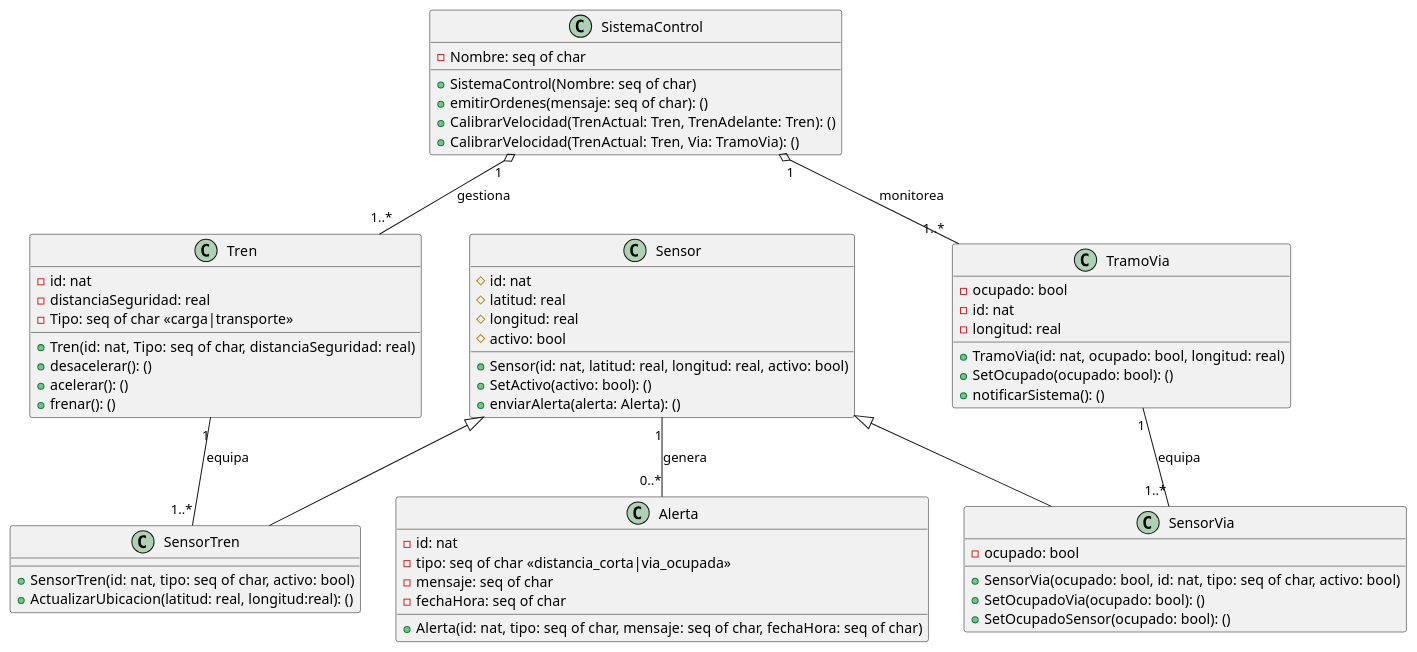
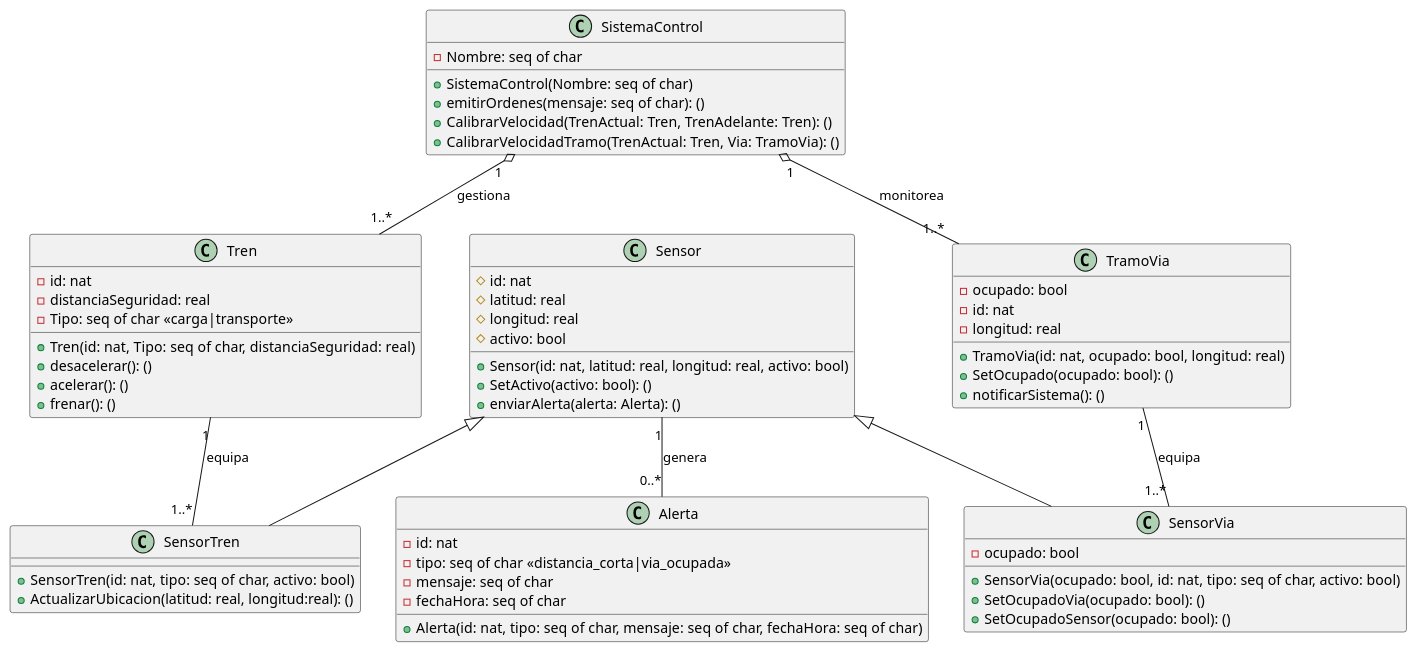
One commit to RodrigoStranger/mf-trafico-de-trenes changed the diagram in diagrama de clases/trafico-de-trenes.wsd. Above: the diagram before and after it, drawn with PlantUML.

```diff
--- a/diagrama de clases/trafico-de-trenes.wsd
+++ b/diagrama de clases/trafico-de-trenes.wsd
@@ -1,75 +1,75 @@
 @startuml trafico de trenes
 
 class Tren {
     -id: nat
     -distanciaSeguridad: real
     -Tipo: seq of char <<carga|transporte>>
     +Tren(id: nat, Tipo: seq of char, distanciaSeguridad: real)
     +desacelerar(): ()
     +acelerar(): ()
     +frenar(): ()
 }
 
 class TramoVia {
     -ocupado: bool
     -id: nat
     -longitud: real
     +TramoVia(id: nat, ocupado: bool, longitud: real)
     +SetOcupado(ocupado: bool): ()
     +notificarSistema(): ()
 }
 
 class Sensor {
     #id: nat
     #latitud: real 
     #longitud: real 
     #activo: bool
     +Sensor(id: nat, latitud: real, longitud: real, activo: bool)
     +SetActivo(activo: bool): ()
     +enviarAlerta(alerta: Alerta): ()
 }
 
 class SensorTren {
     +SensorTren(id: nat, tipo: seq of char, activo: bool)
     +ActualizarUbicacion(latitud: real, longitud:real): ()
 }
 
 class SensorVia {
     -ocupado: bool
     +SensorVia(ocupado: bool, id: nat, tipo: seq of char, activo: bool)
     +SetOcupadoVia(ocupado: bool): ()
     +SetOcupadoSensor(ocupado: bool): ()
 }
 
 class Alerta {
     -id: nat
     -tipo: seq of char <<distancia_corta|via_ocupada>>
     -mensaje: seq of char
     -fechaHora: seq of char
     +Alerta(id: nat, tipo: seq of char, mensaje: seq of char, fechaHora: seq of char)
 }
 
 class SistemaControl {
     -Nombre: seq of char
     +SistemaControl(Nombre: seq of char)
     +emitirOrdenes(mensaje: seq of char): ()
     +CalibrarVelocidad(TrenActual: Tren, TrenAdelante: Tren): ()
-    +CalibrarVelocidad(TrenActual: Tren, Via: TramoVia): ()
+    +CalibrarVelocidadTramo(TrenActual: Tren, Via: TramoVia): ()
 }
 
 ' Herencia
 Sensor <|-- SensorTren
 Sensor <|-- SensorVia
 
 ' Relaciones del sistema
 SistemaControl "1" o-- "1..*" Tren : gestiona 
 SistemaControl "1" o-- "1..*" TramoVia : monitorea 
 
 ' Relaciones entre entidades físicas
 TramoVia "1" -- "1..*" SensorVia : equipa 
 Tren "1" -- "1..*" SensorTren : equipa
 
 ' Generación de alertas
 Sensor "1" -- "0..*" Alerta : genera
 
 @enduml
```
